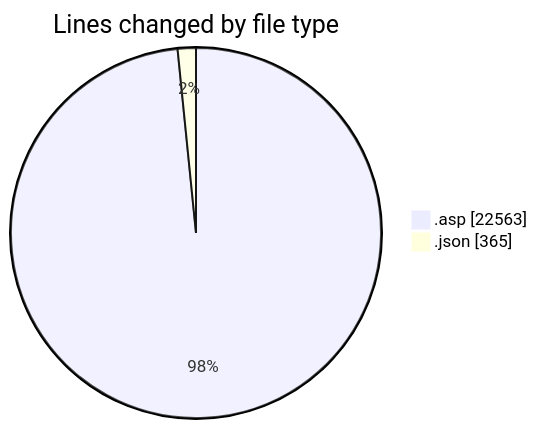
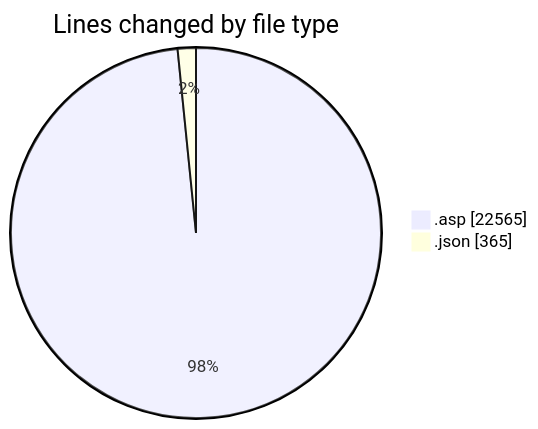
The first of 2 diagrams in 2025-11-01/cdp_aleoudev_fr__workspace_/README.md (julien-gomy/code-tracking), drawn with Mermaid before and after one commit. The commit also changed other lines of this file and 1 other file, not shown here.

````diff
--- a/2025-11-01/cdp_aleoudev_fr__workspace_/README.md
+++ b/2025-11-01/cdp_aleoudev_fr__workspace_/README.md
@@ -29,6 +29,6 @@
 ```mermaid
 pie showData
 title Lines changed by file type
-".asp" : 22563
+".asp" : 22565
 ".json" : 365
 ```
````
